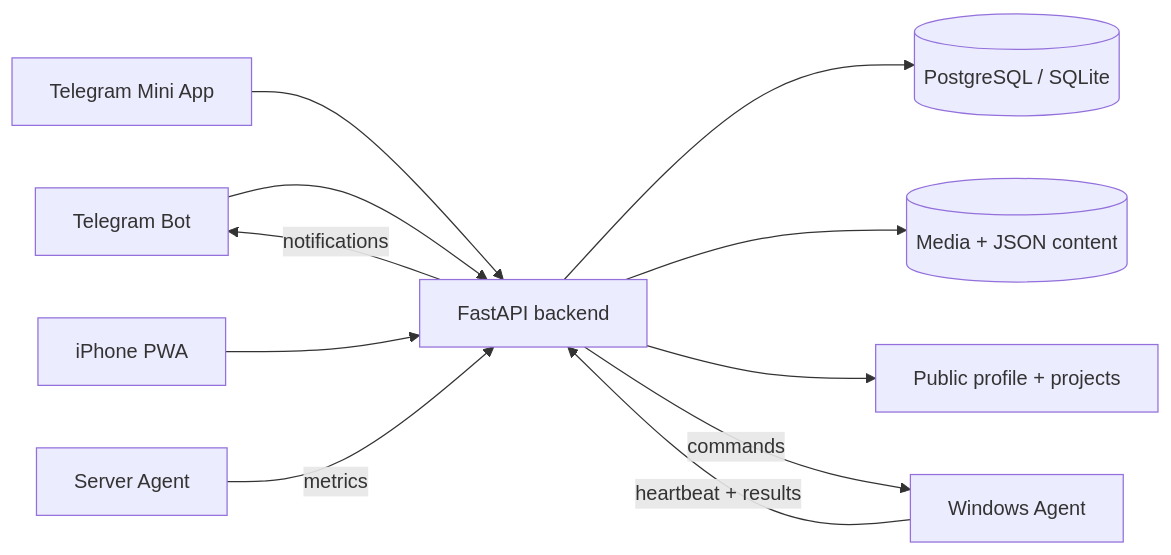
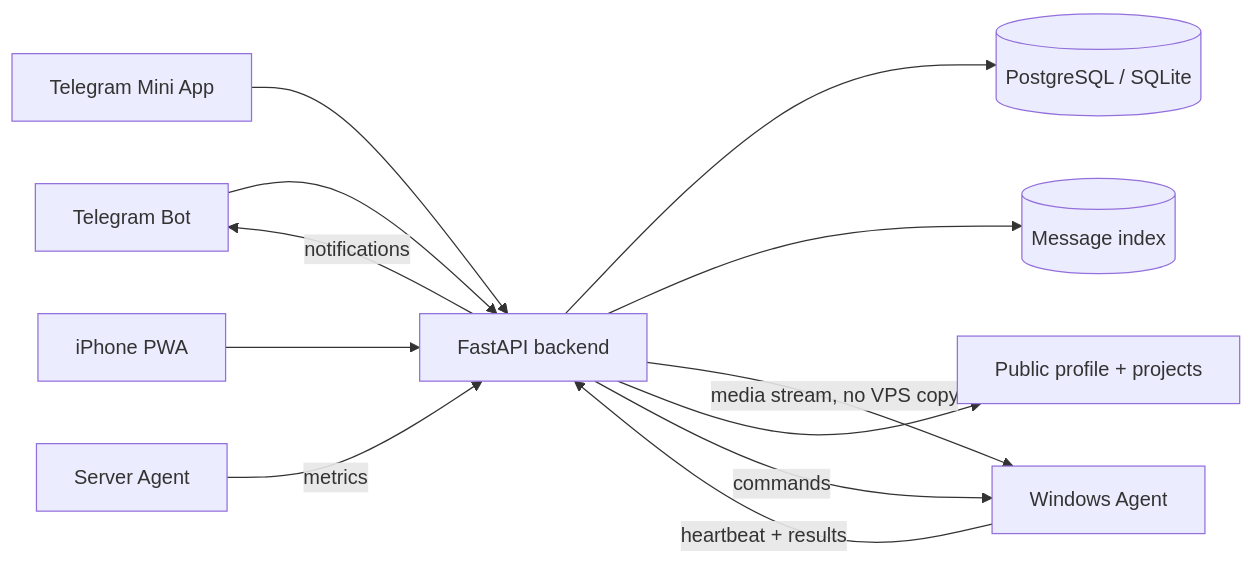
The diagram in README.md (lucifervalter-a11y/XASS), drawn with Mermaid before and after one commit. The commit also changed other lines of this file and 28 other files, not shown here.

````diff
--- a/README.md
+++ b/README.md
@@ -89,13 +97,14 @@
 ```mermaid
 flowchart LR
     TG[Telegram Bot] --> API[FastAPI backend]
     MINI[Telegram Mini App] --> API
     PWA[iPhone PWA] --> API
     WIN[Windows Agent] -->|heartbeat + results| API
     SRV[Server Agent] -->|metrics| API
     API --> DB[(PostgreSQL / SQLite)]
-    API --> STORE[(Media + JSON content)]
+    API --> INDEX[(Message index)]
+    API -->|media stream, no VPS copy| WIN
     API --> SITE[Public profile + projects]
     API -->|commands| WIN
     API -->|notifications| TG
 ```
````
